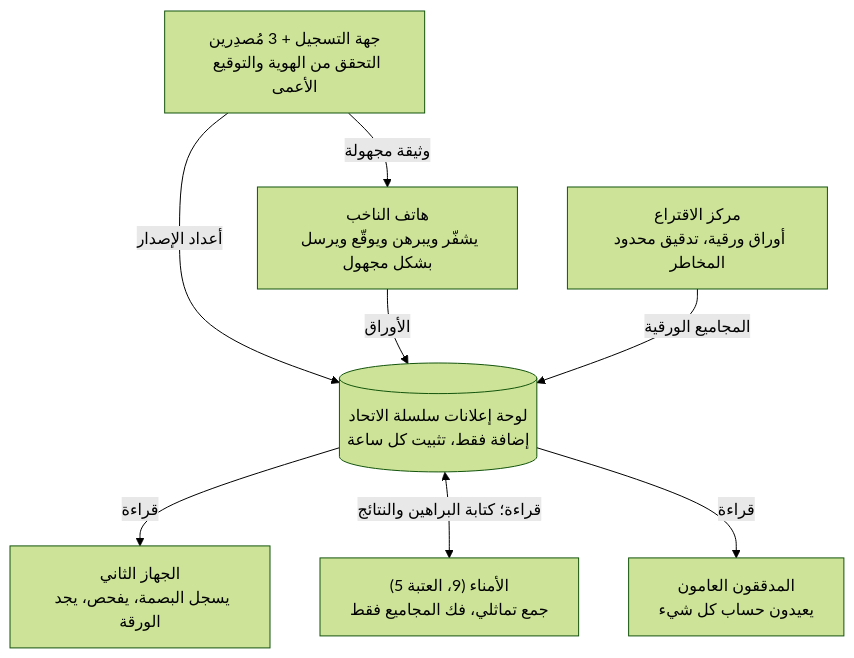
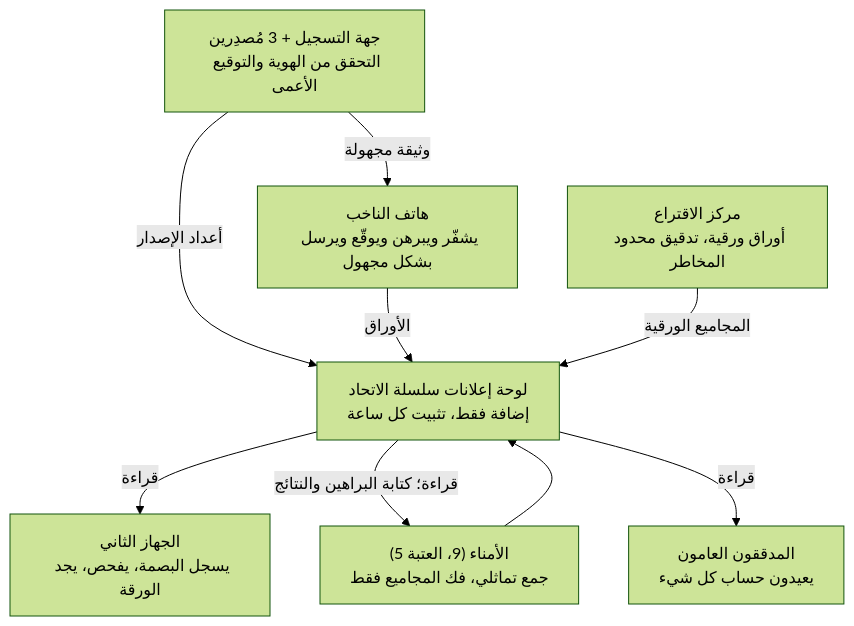
Before and after one commit to tommaru66-pixel/e2e-verifiable-voting: the diagram in docs/ar.md, drawn with Mermaid (forest theme). The commit also changed 8 other files, not shown here.

First line of the commit message:
Simplify architecture diagram syntax for GitHub rendering

````diff
--- a/docs/ar.md
+++ b/docs/ar.md
@@ -115,10 +115,11 @@
 ```mermaid
 flowchart TB
   R["جهة التسجيل + 3 مُصدِرين<br/>التحقق من الهوية والتوقيع الأعمى"] -->|وثيقة مجهولة| P["هاتف الناخب<br/>يشفّر ويبرهن ويوقّع ويرسل بشكل مجهول"]
   R -->|أعداد الإصدار| B
-  P -->|الأوراق| B[("لوحة إعلانات سلسلة الاتحاد<br/>إضافة فقط، تثبيت كل ساعة")]
+  P -->|الأوراق| B["لوحة إعلانات سلسلة الاتحاد<br/>إضافة فقط، تثبيت كل ساعة"]
   S["مركز الاقتراع<br/>أوراق ورقية، تدقيق محدود المخاطر"] -->|المجاميع الورقية| B
   B -->|قراءة| D["الجهاز الثاني<br/>يسجل البصمة، يفحص، يجد الورقة"]
-  B <-->|قراءة؛ كتابة البراهين والنتائج| T["الأمناء (9، العتبة 5)<br/>جمع تماثلي، فك المجاميع فقط"]
+  B -->|قراءة؛ كتابة البراهين والنتائج| T["الأمناء (9، العتبة 5)<br/>جمع تماثلي، فك المجاميع فقط"]
+  T --> B
   B -->|قراءة| A["المدققون العامون<br/>يعيدون حساب كل شيء"]
 ```
````
